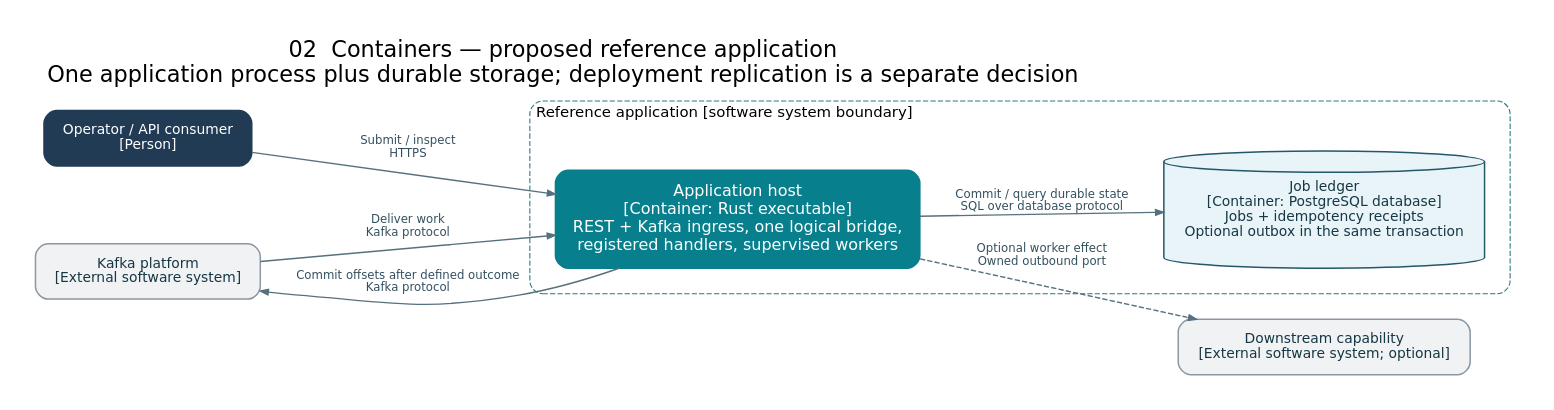
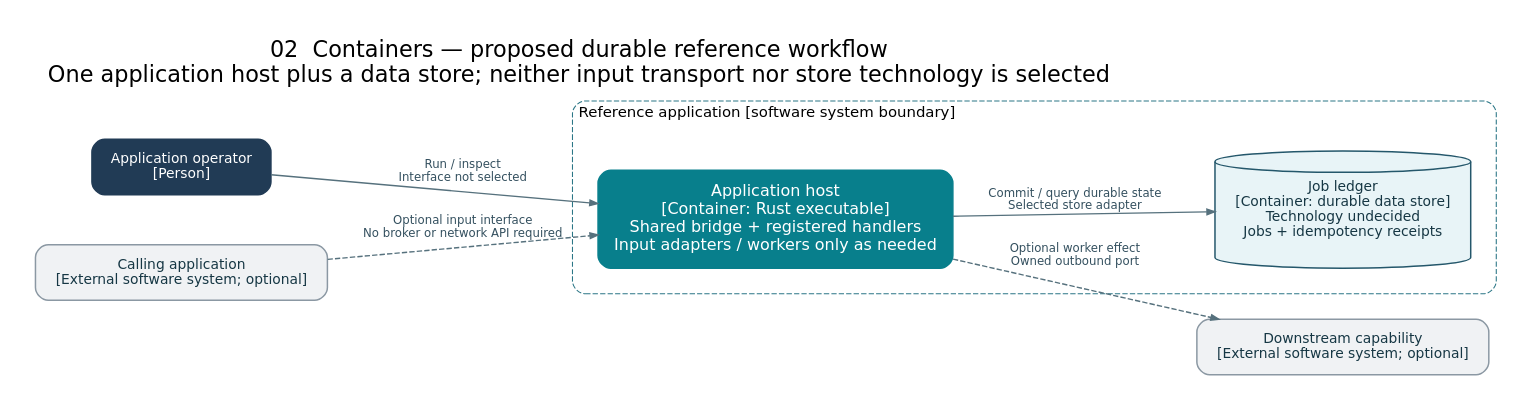
The diagram in docs/architecture/diagrams/02-containers.dot (roachmaster/homelab), drawn with Graphviz before and after one commit. The commit also changed 34 other files, not shown here.

Commit message:
Keep framework architecture transport-neutral

```diff
--- a/docs/architecture/diagrams/02-containers.dot
+++ b/docs/architecture/diagrams/02-containers.dot
@@ -1,16 +1,15 @@
 digraph Containers {
 graph [fontname="DejaVu Sans", fontsize=21, labelloc=t, labeljust=l, pad=0.35, nodesep=0.65, ranksep=0.9, bgcolor="white"]; node [shape=box, style="rounded,filled", fontname="DejaVu Sans", fontsize=13, margin="0.22,0.16", color="#24576b", fillcolor="#e8f4f7", fontcolor="#163744", penwidth=1.4]; edge [fontname="DejaVu Sans", fontsize=11, color="#56717d", fontcolor="#34505f", penwidth=1.3, arrowsize=0.75];
-rankdir=LR; label="02  Containers — proposed reference application\nOne application process plus durable storage; deployment replication is a separate decision";
-user [label="Operator / API consumer\n[Person]", fillcolor="#213b55", color="#213b55", fontcolor="white"];
-kafka [label="Kafka platform\n[External software system]", fillcolor="#f0f2f4", color="#8b98a3"];
+rankdir=LR; label="02  Containers — proposed durable reference workflow\nOne application host plus a data store; neither input transport nor store technology is selected";
+user [label="Application operator\n[Person]", fillcolor="#213b55", color="#213b55", fontcolor="white"];
+caller [label="Calling application\n[External software system; optional]", fillcolor="#f0f2f4", color="#8b98a3"];
 ext [label="Downstream capability\n[External software system; optional]", fillcolor="#f0f2f4", color="#8b98a3"];
 subgraph cluster_ref { label="Reference application [software system boundary]"; fontname="DejaVu Sans"; fontsize=14; color="#2b7686"; style="rounded,dashed"; margin=24;
-server [label="Application host\n[Container: Rust executable]\nREST + Kafka ingress, one logical bridge,\nregistered handlers, supervised workers", fillcolor="#087f8c", color="#087f8c", fontcolor="white", fontsize=15];
-store [shape=cylinder, label="Job ledger\n[Container: PostgreSQL database]\nJobs + idempotency receipts\nOptional outbox in the same transaction", fillcolor="#e8f4f7"];
-server -> store [label="Commit / query durable state\nSQL over database protocol"];
+server [label="Application host\n[Container: Rust executable]\nShared bridge + registered handlers\nInput adapters / workers only as needed", fillcolor="#087f8c", color="#087f8c", fontcolor="white", fontsize=15];
+store [shape=cylinder, label="Job ledger\n[Container: durable data store]\nTechnology undecided\nJobs + idempotency receipts", fillcolor="#e8f4f7"];
+server -> store [label="Commit / query durable state\nSelected store adapter"];
 }
-user -> server [label="Submit / inspect\nHTTPS"];
-kafka -> server [label="Deliver work\nKafka protocol"];
-server -> kafka [label="Commit offsets after defined outcome\nKafka protocol"];
+user -> server [label="Run / inspect\nInterface not selected"];
+caller -> server [label="Optional input interface\nNo broker or network API required", style=dashed];
 server -> ext [label="Optional worker effect\nOwned outbound port", style=dashed];
 }
```
